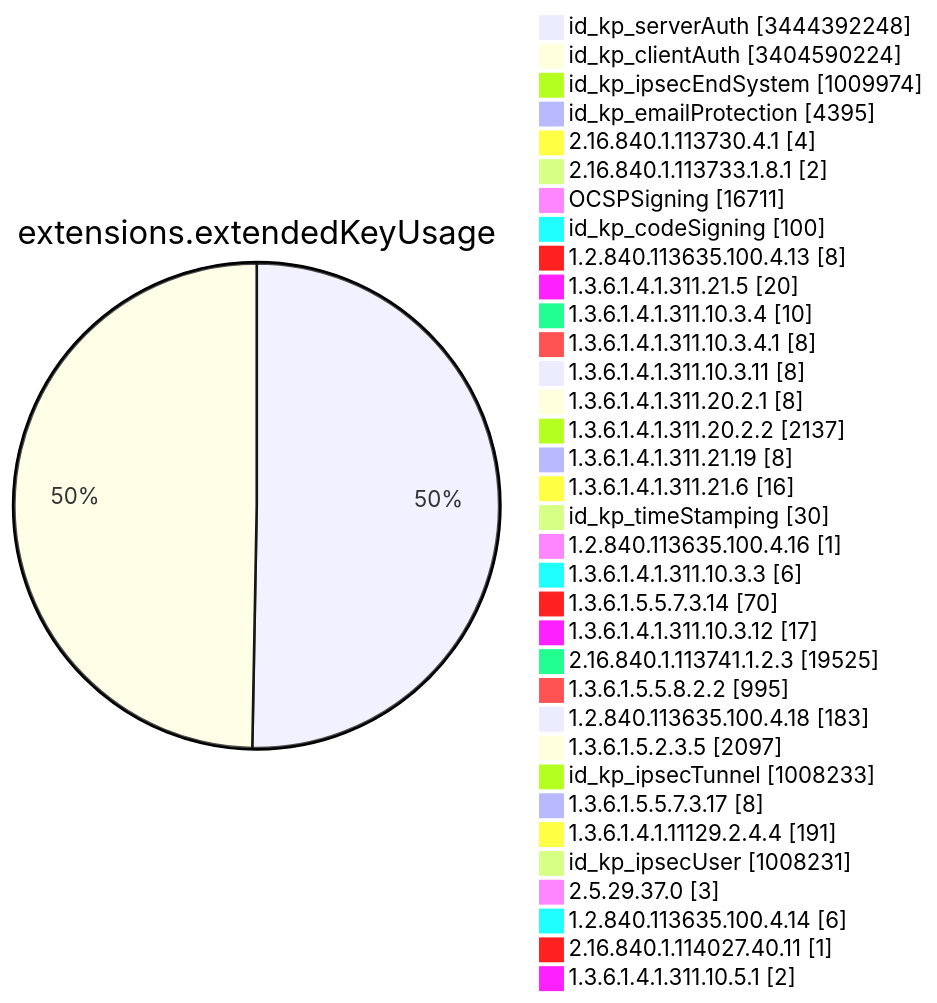
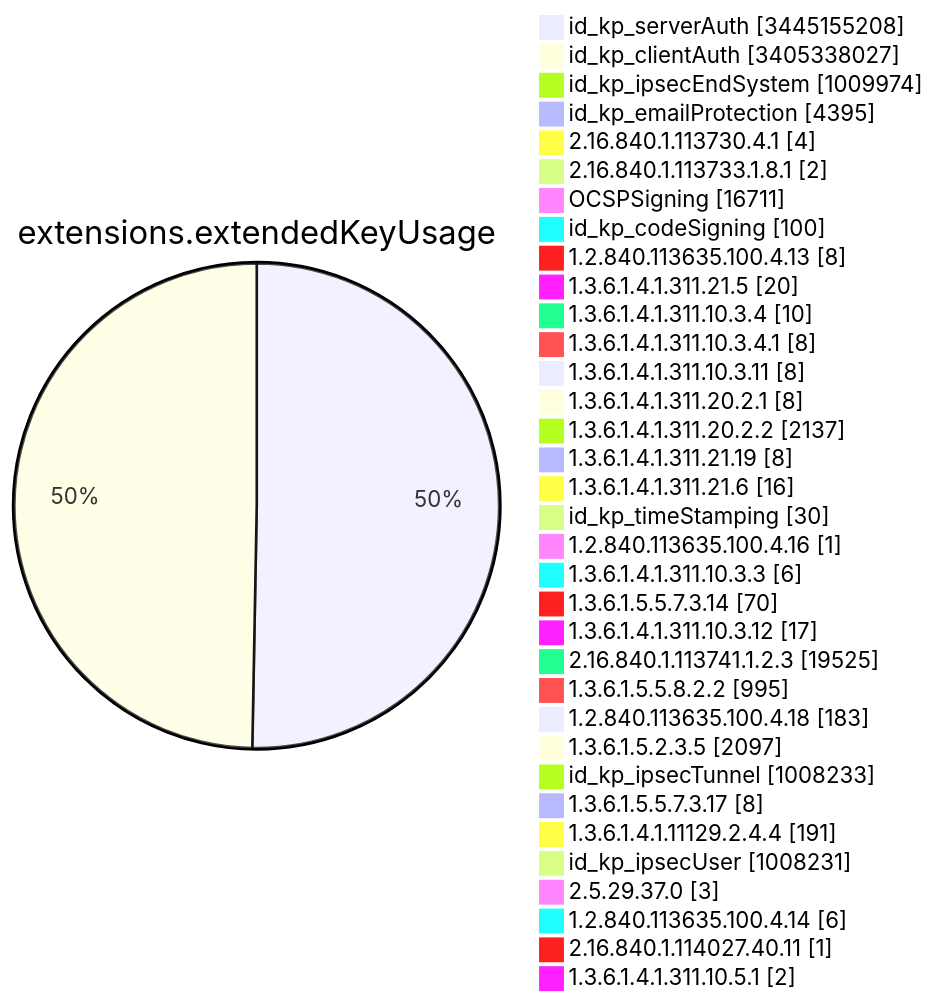
Diagram 11 of 15 in TOTAL/README.md (christiankrug/ctmonitor_visualization), drawn with Mermaid before and after one commit. The commit also changed other lines of this file, not shown here.

````diff
--- a/TOTAL/README.md
+++ b/TOTAL/README.md
@@ -4123,38 +4123,38 @@
 ```mermaid
 pie showData
 title extensions.extendedKeyUsage
-"id_kp_serverAuth" :3444392248
-"id_kp_clientAuth" :3404590224
+"id_kp_serverAuth" :3445155208
+"id_kp_clientAuth" :3405338027
 "id_kp_ipsecEndSystem" :1009974
 "id_kp_emailProtection" :4395
 "2.16.840.1.113730.4.1" :4
 "2.16.840.1.113733.1.8.1" :2
 "OCSPSigning" :16711
 "id_kp_codeSigning" :100
 "1.2.840.113635.100.4.13" :8
 "1.3.6.1.4.1.311.21.5" :20
 "1.3.6.1.4.1.311.10.3.4" :10
 "1.3.6.1.4.1.311.10.3.4.1" :8
 "1.3.6.1.4.1.311.10.3.11" :8
 "1.3.6.1.4.1.311.20.2.1" :8
 "1.3.6.1.4.1.311.20.2.2" :2137
 "1.3.6.1.4.1.311.21.19" :8
 "1.3.6.1.4.1.311.21.6" :16
 "id_kp_timeStamping" :30
 "1.2.840.113635.100.4.16" :1
 "1.3.6.1.4.1.311.10.3.3" :6
 "1.3.6.1.5.5.7.3.14" :70
 "1.3.6.1.4.1.311.10.3.12" :17
 "2.16.840.1.113741.1.2.3" :19525
 "1.3.6.1.5.5.8.2.2" :995
 "1.2.840.113635.100.4.18" :183
 "1.3.6.1.5.2.3.5" :2097
 "id_kp_ipsecTunnel" :1008233
 "1.3.6.1.5.5.7.3.17" :8
 "1.3.6.1.4.1.11129.2.4.4" :191
 "id_kp_ipsecUser" :1008231
 "2.5.29.37.0" :3
 "1.2.840.113635.100.4.14" :6
 "2.16.840.1.114027.40.11" :1
 "1.3.6.1.4.1.311.10.5.1" :2
 ```
````
